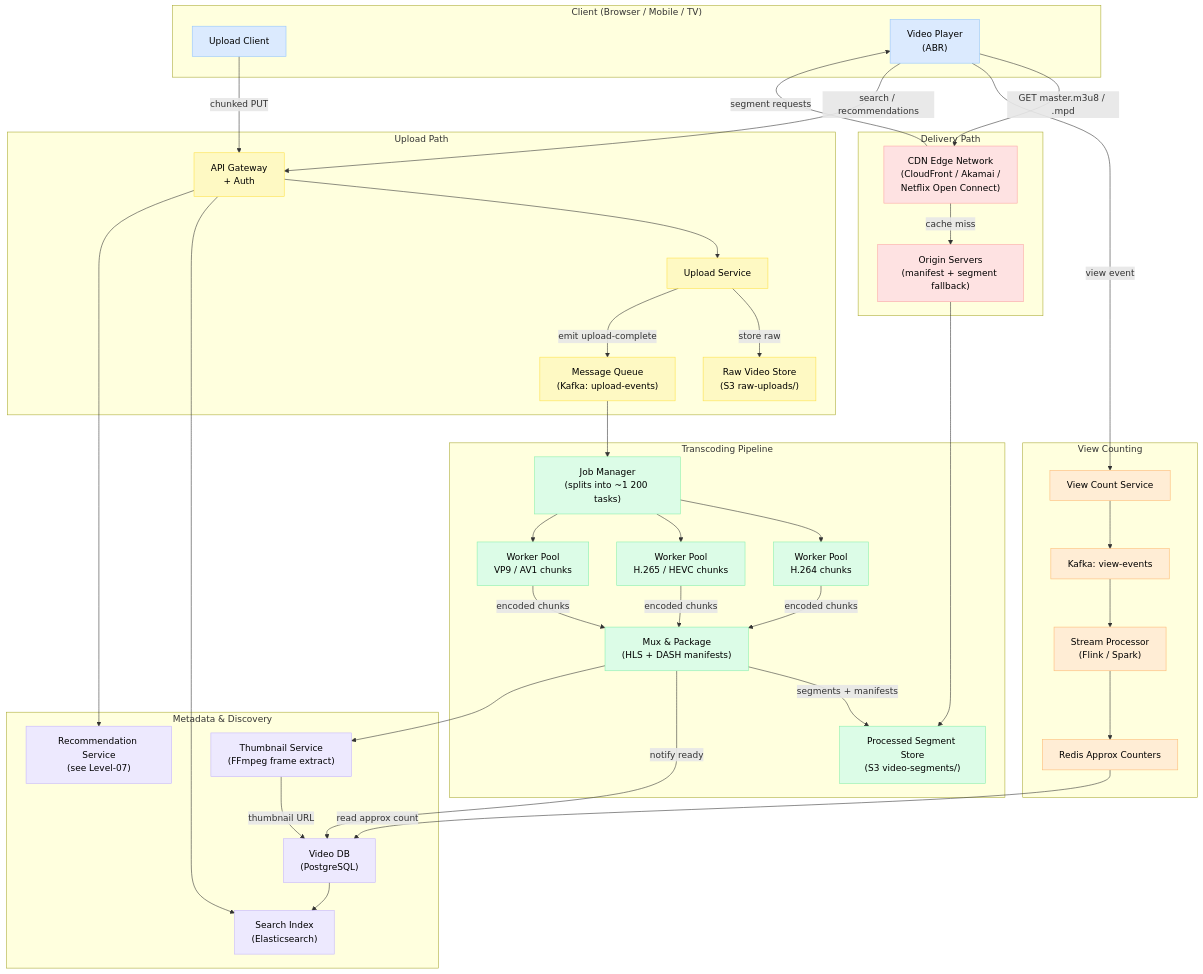
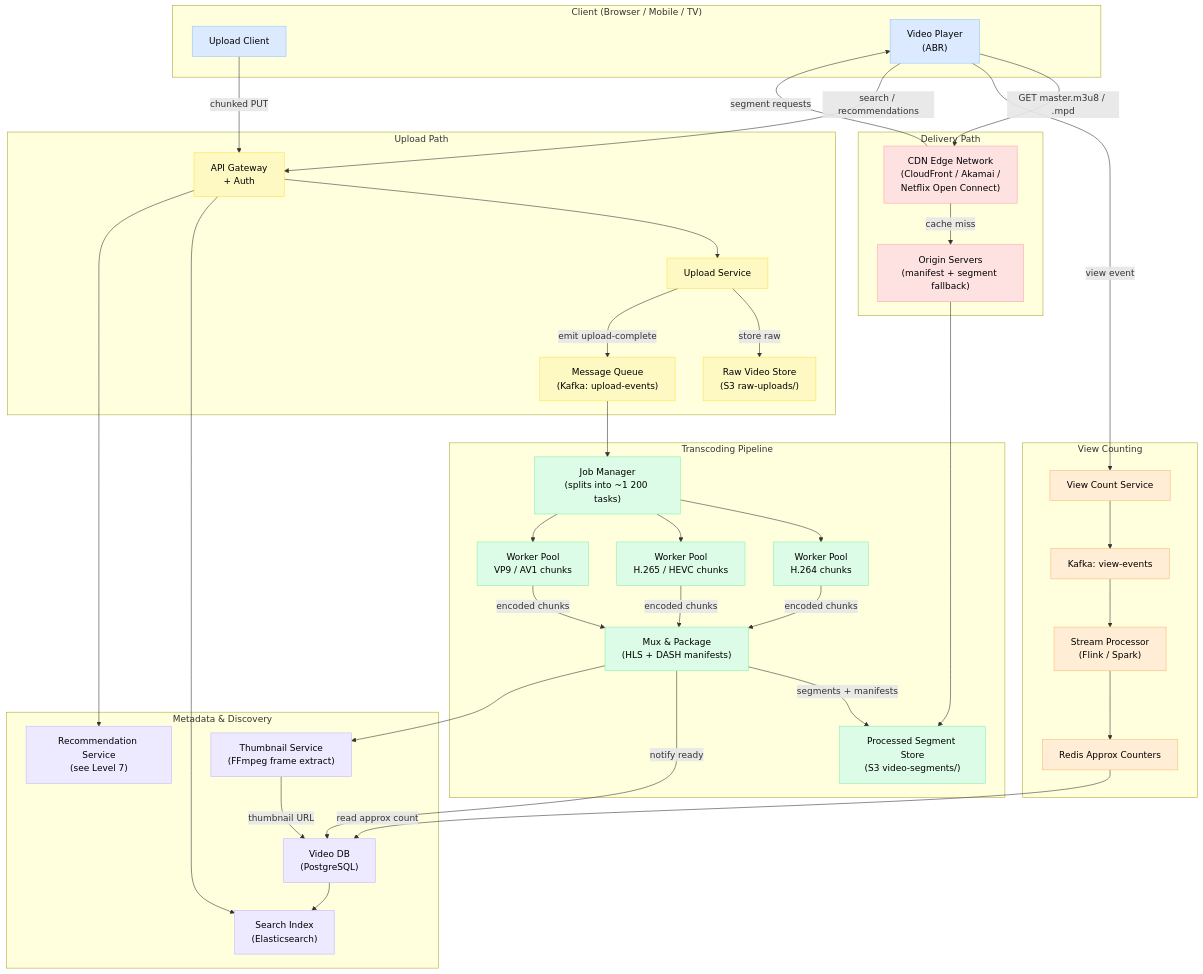
One commit to Ankan1998/learn-system-design changed the second of 3 diagrams in Bonus-Real-World-Architectures/09-YouTube-Netflix-Streaming/README.md. Above: the diagram before and after it, drawn with Mermaid. The commit also changed other lines of this file and 139 other files, not shown here.

````diff
--- a/Bonus-Real-World-Architectures/09-YouTube-Netflix-Streaming/README.md
+++ b/Bonus-Real-World-Architectures/09-YouTube-Netflix-Streaming/README.md
@@ -183,82 +187,82 @@
 ```mermaid
 flowchart TD
     subgraph Client["Client (Browser / Mobile / TV)"]
         UP["Upload Client"]
         PL["Video Player<br/>(ABR)"]
     end
 
     subgraph UploadPath["Upload Path"]
         AG["API Gateway<br/>+ Auth"]
         US["Upload Service"]
         RS["Raw Video Store<br/>(S3 raw-uploads/)"]
         MQ["Message Queue<br/>(Kafka: upload-events)"]
     end
 
     subgraph TranscodingPipeline["Transcoding Pipeline"]
         JM["Job Manager<br/>(splits into ~1 200 tasks)"]
         WK1["Worker Pool<br/>H.264 chunks"]
         WK2["Worker Pool<br/>H.265 / HEVC chunks"]
         WK3["Worker Pool<br/>VP9 / AV1 chunks"]
         MX["Mux & Package<br/>(HLS + DASH manifests)"]
         PS["Processed Segment Store<br/>(S3 video-segments/)"]
     end
 
     subgraph MetadataServices["Metadata & Discovery"]
         VDB["Video DB<br/>(PostgreSQL)"]
         ES["Search Index<br/>(Elasticsearch)"]
-        REC["Recommendation Service<br/>(see Level-07)"]
+        REC["Recommendation Service<br/>(see Level 7)"]
         TH["Thumbnail Service<br/>(FFmpeg frame extract)"]
     end
 
     subgraph ViewCounting["View Counting"]
         VCS["View Count Service"]
         KFK["Kafka: view-events"]
         SP["Stream Processor<br/>(Flink / Spark)"]
         RD["Redis Approx Counters"]
     end
 
     subgraph DeliveryPath["Delivery Path"]
         CDN["CDN Edge Network<br/>(CloudFront / Akamai /<br/>Netflix Open Connect)"]
         ORI["Origin Servers<br/>(manifest + segment fallback)"]
     end
 
     UP -->|"chunked PUT"| AG
     AG --> US
     US -->|"store raw"| RS
     US -->|"emit upload-complete"| MQ
     MQ --> JM
     JM --> WK1 & WK2 & WK3
     WK1 & WK2 & WK3 -->|"encoded chunks"| MX
     MX -->|"segments + manifests"| PS
     MX -->|"notify ready"| VDB
     VDB --> ES
     MX --> TH
     TH -->|"thumbnail URL"| VDB
 
     PL -->|"GET master.m3u8 / .mpd"| CDN
     CDN -->|"cache miss"| ORI
     ORI --> PS
     CDN -->|"segment requests"| PL
     PL -->|"view event"| VCS
     VCS --> KFK
     KFK --> SP
     SP --> RD
     RD -->|"read approx count"| VDB
 
     PL -->|"search / recommendations"| AG
     AG --> ES & REC
 
     classDef client fill:#dbeafe,stroke:#93c5fd,color:#000
     classDef upload fill:#fef9c3,stroke:#fde047,color:#000
     classDef transcode fill:#dcfce7,stroke:#86efac,color:#000
     classDef meta fill:#ede9fe,stroke:#c4b5fd,color:#000
     classDef delivery fill:#fee2e2,stroke:#fca5a5,color:#000
     classDef counting fill:#ffedd5,stroke:#fdba74,color:#000
 
     class UP,PL client
     class AG,US,RS,MQ upload
     class JM,WK1,WK2,WK3,MX,PS transcode
     class VDB,ES,REC,TH meta
     class CDN,ORI delivery
     class VCS,KFK,SP,RD counting
 ```
````
